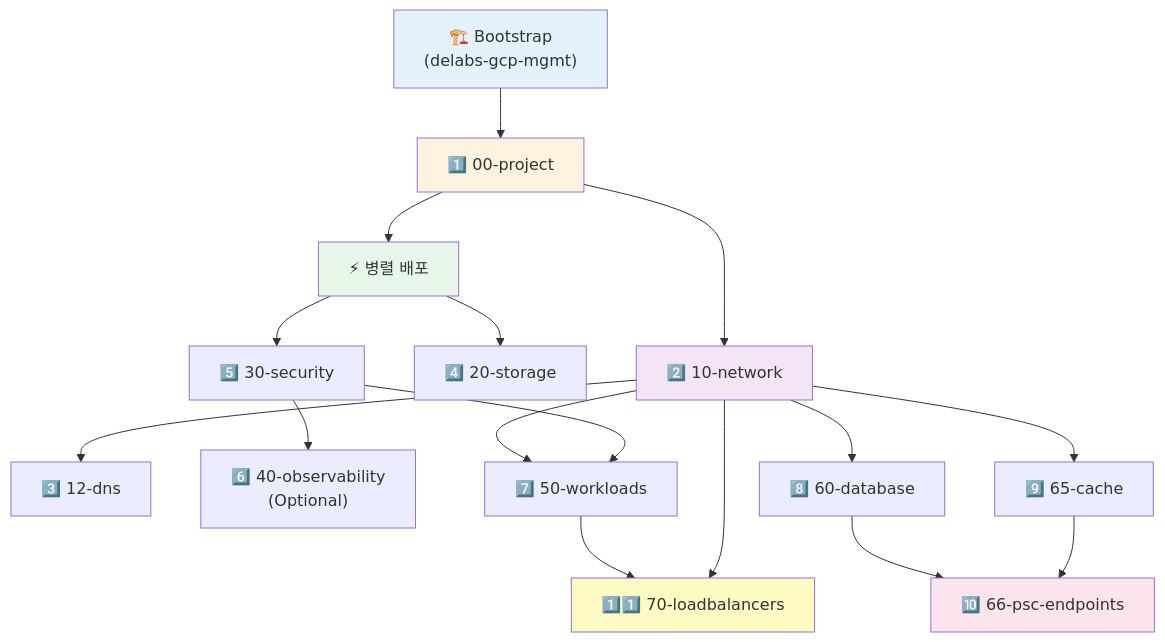
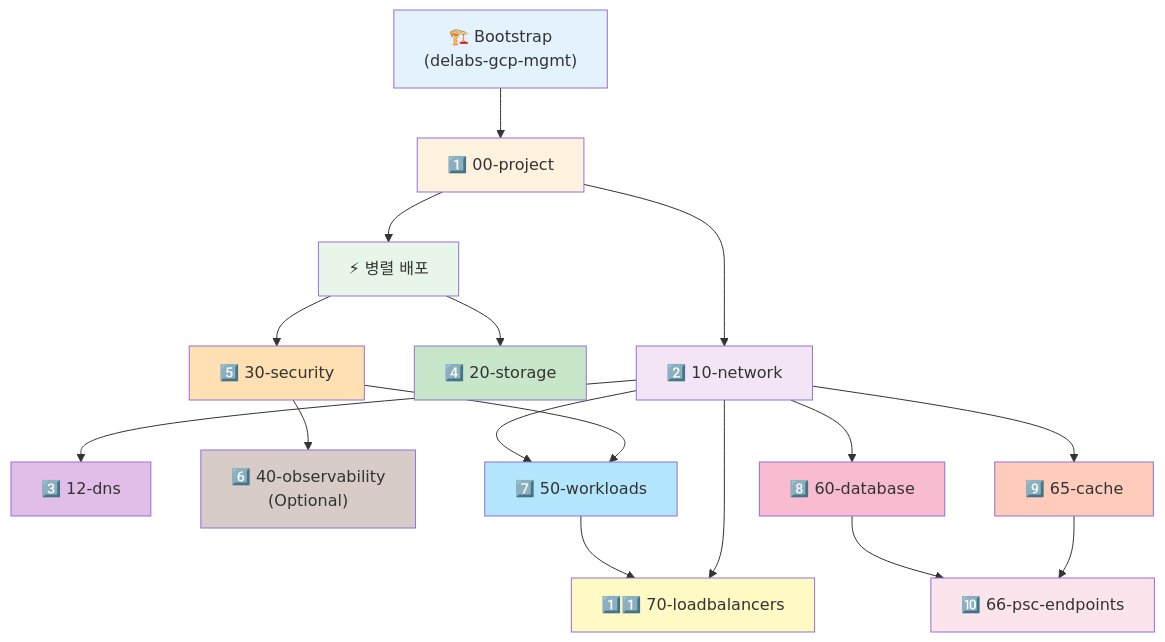
The first of 2 diagrams in terraform_gcp_infra/README.md (JSJ2337/GCP_terraform_code), drawn with Mermaid before and after one commit. The commit also changed other lines of this file, not shown here.

Commit message:
docs: Mermaid 다이어그램 텍스트 색상 추가 (가독성 개선)
- 의존성 그래프: 모든 노드에 color:#333 추가
- 3-Tier 네트워크: 모든 노드/서브그래프에 color:#333 추가
- 내부 컴포넌트(WEB, APP, REDIS, SQL)에도 스타일 추가

````diff
--- a/terraform_gcp_infra/README.md
+++ b/terraform_gcp_infra/README.md
@@ -123,31 +123,38 @@
 ```mermaid
 flowchart TD
     B["🏗️ Bootstrap<br/>(delabs-gcp-mgmt)"] --> P["1️⃣ 00-project"]
     P --> N["2️⃣ 10-network"]
     N --> DNS["3️⃣ 12-dns"]
 
     P --> PARA["⚡ 병렬 배포"]
     PARA --> S["4️⃣ 20-storage"]
     PARA --> SEC["5️⃣ 30-security"]
 
     SEC --> OBS["6️⃣ 40-observability<br/>(Optional)"]
 
     N --> W["7️⃣ 50-workloads"]
     SEC --> W
 
     N --> DB["8️⃣ 60-database"]
     N --> C["9️⃣ 65-cache"]
 
     DB --> PSC["🔟 66-psc-endpoints"]
     C --> PSC
 
     W --> LB["1️⃣1️⃣ 70-loadbalancers"]
     N --> LB
 
-    style B fill:#e3f2fd
-    style P fill:#fff3e0
-    style N fill:#f3e5f5
-    style PARA fill:#e8f5e9
-    style PSC fill:#fce4ec
-    style LB fill:#fff9c4
+    style B fill:#e3f2fd,color:#333
+    style P fill:#fff3e0,color:#333
+    style N fill:#f3e5f5,color:#333
+    style PARA fill:#e8f5e9,color:#333
+    style PSC fill:#fce4ec,color:#333
+    style LB fill:#fff9c4,color:#333
+    style DNS fill:#e1bee7,color:#333
+    style S fill:#c8e6c9,color:#333
+    style SEC fill:#ffe0b2,color:#333
+    style OBS fill:#d7ccc8,color:#333
+    style W fill:#b3e5fc,color:#333
+    style DB fill:#f8bbd0,color:#333
+    style C fill:#ffccbc,color:#333
 ```
````
